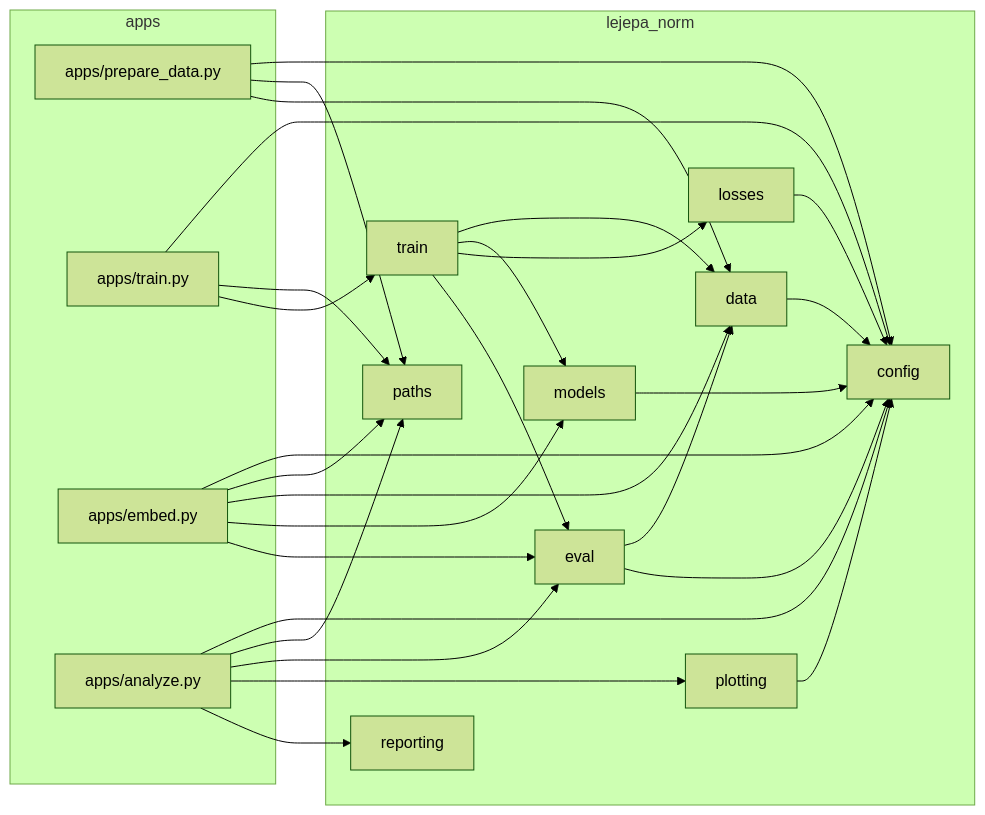
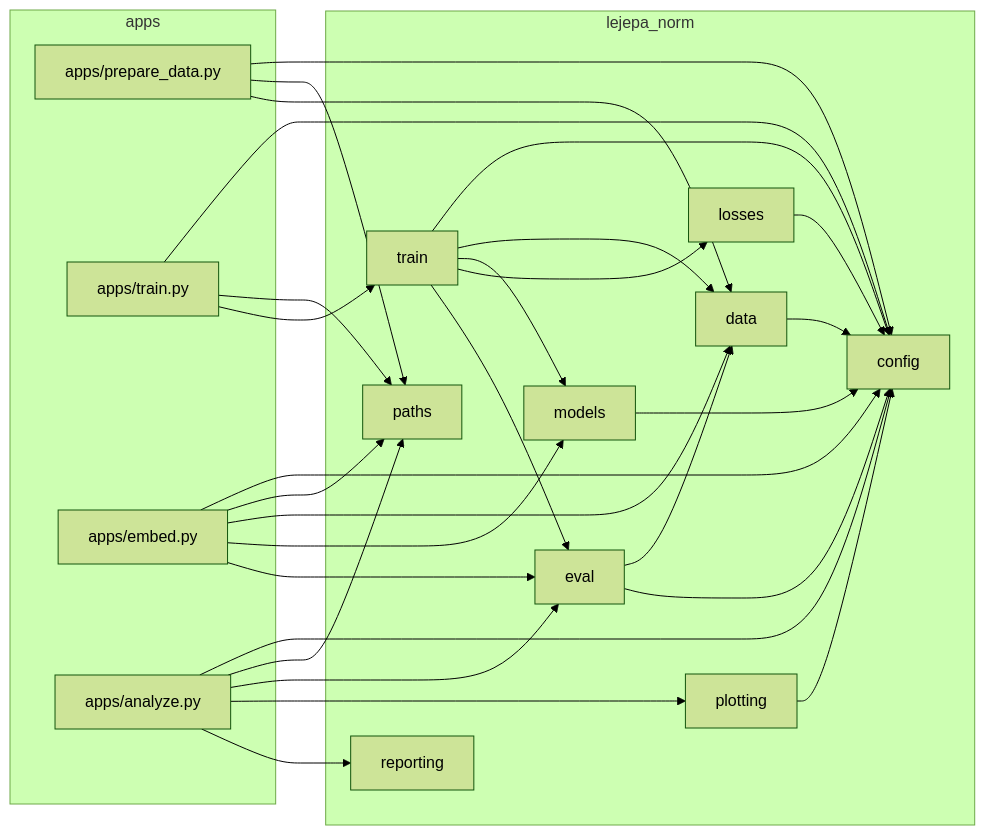
The first of 2 diagrams in docs/architecture.md (Dant86/lejepa_norm), drawn with Mermaid (forest theme) before and after one commit. The commit also changed 11 other files, not shown here.

````diff
--- a/docs/architecture.md
+++ b/docs/architecture.md
@@ -10,46 +10,47 @@
 ```mermaid
 graph LR
     subgraph apps
         PD["apps/prepare_data.py"]
         TR["apps/train.py"]
         EM["apps/embed.py"]
         AN["apps/analyze.py"]
     end
     subgraph lejepa_norm
         CFG["config"]
         PTH["paths"]
         DATA["data"]
         MOD["models"]
         LOSS["losses"]
         TRAIN["train"]
         EVAL["eval"]
         PLOT["plotting"]
         REP["reporting"]
     end
     PD --> CFG
     PD --> PTH
     PD --> DATA
     TR --> CFG
     TR --> PTH
     TR --> TRAIN
     EM --> CFG
     EM --> PTH
     EM --> DATA
     EM --> MOD
     EM --> EVAL
     AN --> CFG
     AN --> PTH
     AN --> EVAL
     AN --> PLOT
     AN --> REP
+    TRAIN --> CFG
     TRAIN --> DATA
     TRAIN --> MOD
     TRAIN --> LOSS
     TRAIN --> EVAL
     EVAL --> DATA
     EVAL --> CFG
     DATA --> CFG
     MOD --> CFG
     LOSS --> CFG
     PLOT --> CFG
 ```
````
